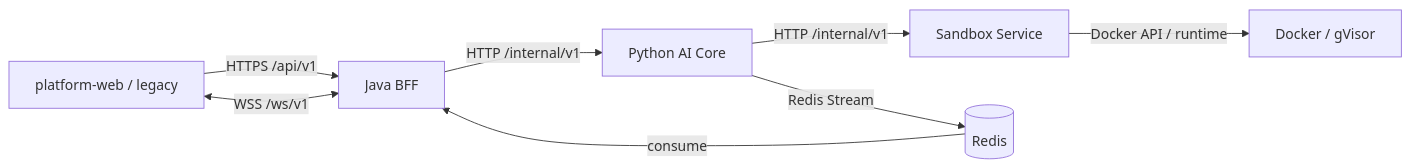
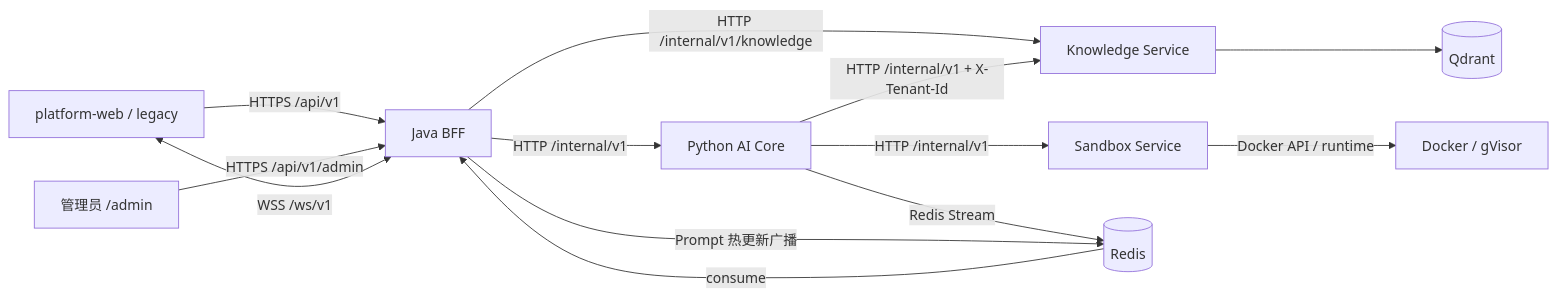
The first of 4 diagrams in docs/design/03.API接口设计.md (Cai199999/vibe-platform), drawn with Mermaid before and after one commit. The commit also changed other lines of this file and 10 other files, not shown here.

````diff
--- a/docs/design/03.API接口设计.md
+++ b/docs/design/03.API接口设计.md
@@ -32,10 +38,15 @@
 ```mermaid
 flowchart LR
     WEB["platform-web / legacy"] -->|"HTTPS /api/v1"| BFF["Java BFF"]
+    ADMIN["管理员 /admin"] -->|"HTTPS /api/v1/admin"| BFF
     WEB <-->|"WSS /ws/v1"| BFF
     BFF -->|"HTTP /internal/v1"| AI["Python AI Core"]
+    BFF -->|"HTTP /internal/v1/knowledge"| KNS["Knowledge Service"]
+    AI -->|"HTTP /internal/v1 + X-Tenant-Id"| KNS
     AI -->|"HTTP /internal/v1"| SBX["Sandbox Service"]
     SBX -->|"Docker API / runtime"| DOCKER["Docker / gVisor"]
+    KNS --> VDB[("Qdrant")]
     AI -->|"Redis Stream"| REDIS[("Redis")]
     REDIS -->|"consume"| BFF
+    BFF -->|"Prompt 热更新广播"| REDIS
 ```
````
